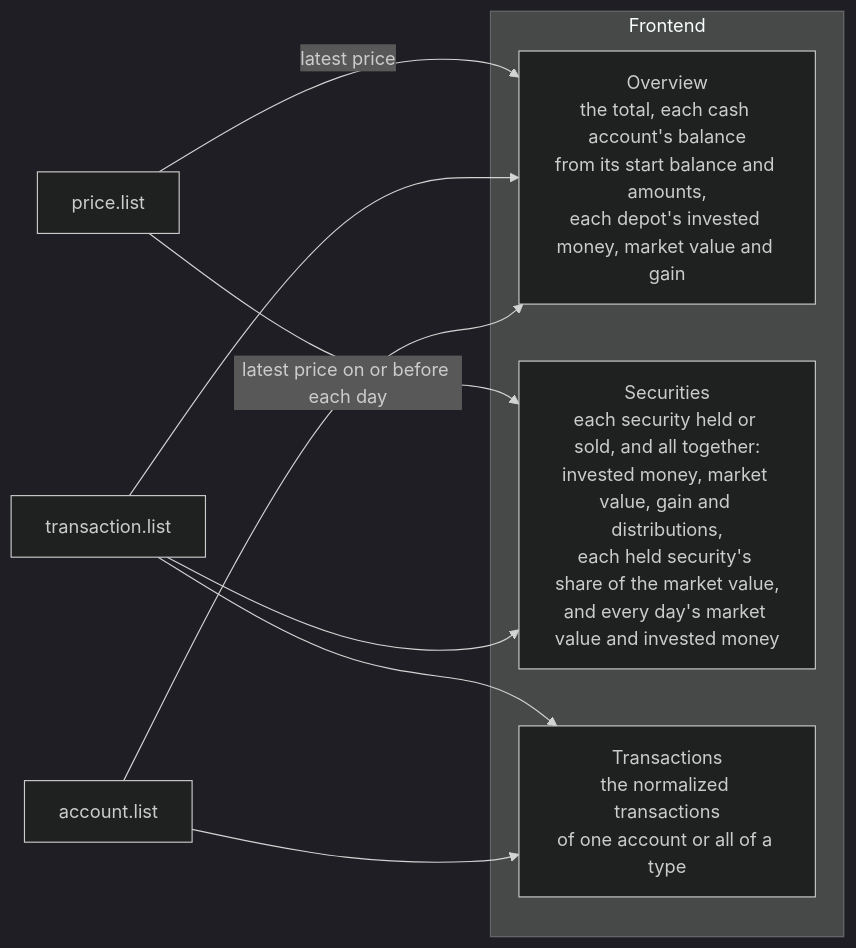
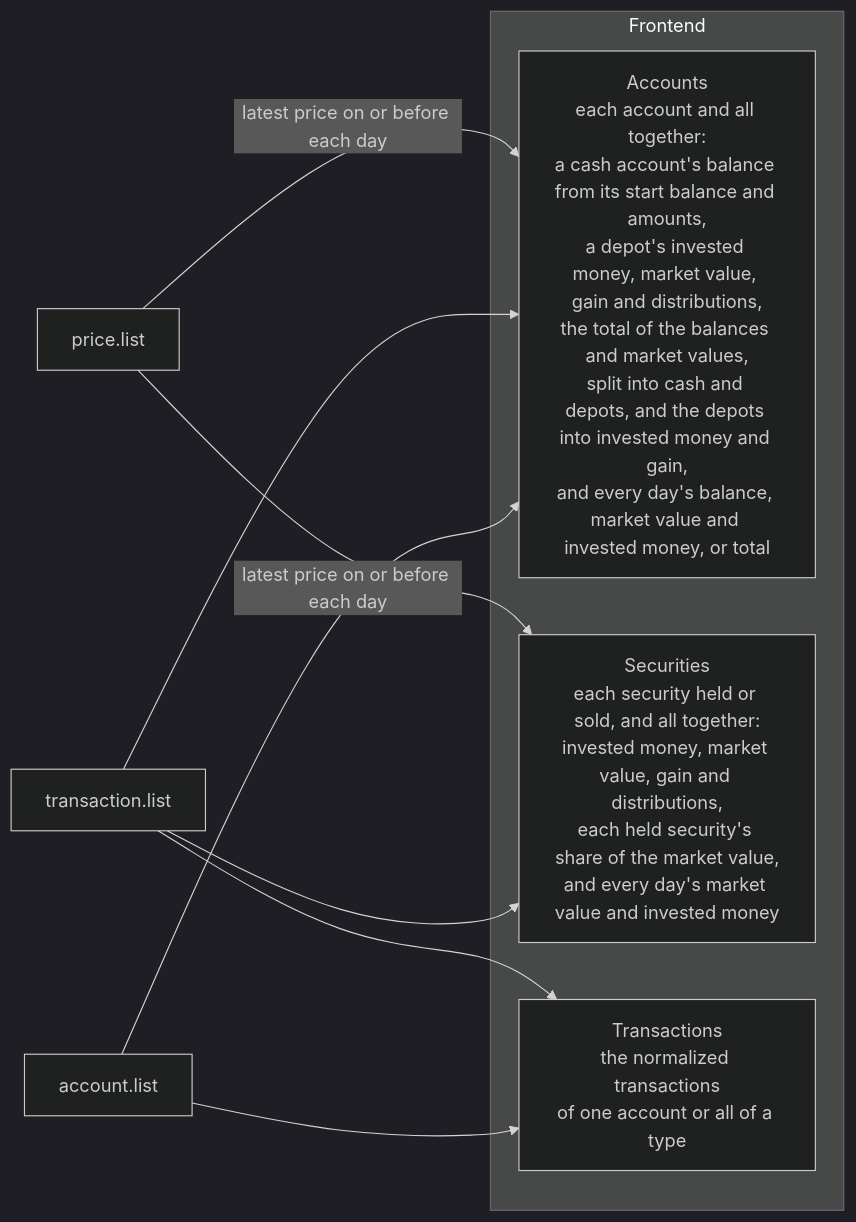
One commit to lennartmoeller/finance-tracker changed the diagram in docs/contract/figures.md. Above: the diagram before and after it, drawn with Mermaid (dark theme). The commit also changed 49 other files, not shown here.

First line of the commit message:
feat: add an Accounts view that manages accounts and shows their figures

````diff
--- a/docs/contract/figures.md
+++ b/docs/contract/figures.md
@@ -3,18 +3,17 @@
 ```mermaid
 flowchart LR
   accounts["account.list"]
   transactions["transaction.list"]
   prices["price.list"]
   subgraph frontend["Frontend"]
-    overview["Overview<br/>the total, each cash account's balance<br/>from its start balance and amounts,<br/>each depot's invested money, market value and gain"]
+    accountsView["Accounts<br/>each account and all together:<br/>a cash account's balance from its start balance and amounts,<br/>a depot's invested money, market value, gain and distributions,<br/>the total of the balances and market values,<br/>split into cash and depots, and the depots into invested money and gain,<br/>and every day's balance, market value and invested money, or total"]
     securities["Securities<br/>each security held or sold, and all together:<br/>invested money, market value, gain and distributions,<br/>each held security's share of the market value,<br/>and every day's market value and invested money"]
     list["Transactions<br/>the normalized transactions<br/>of one account or all of a type"]
   end
-  accounts --> overview
+  accounts --> accountsView
   accounts --> list
-  transactions --> overview
+  transactions --> accountsView
   transactions --> securities
   transactions --> list
-  prices -- "latest price" --> overview
-  prices -- "latest price on or before each day" --> securities
+  prices -- "latest price on or before each day" --> accountsView & securities
 ```
````
